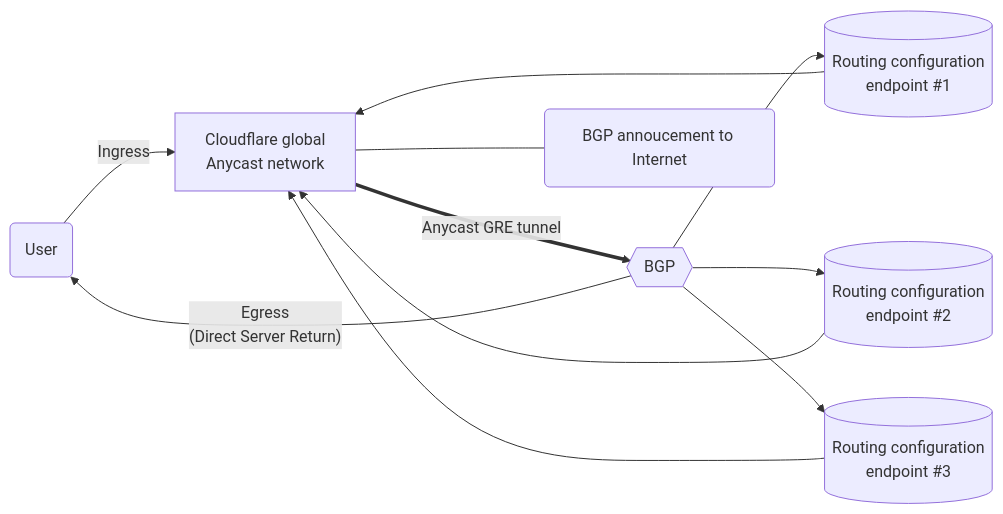
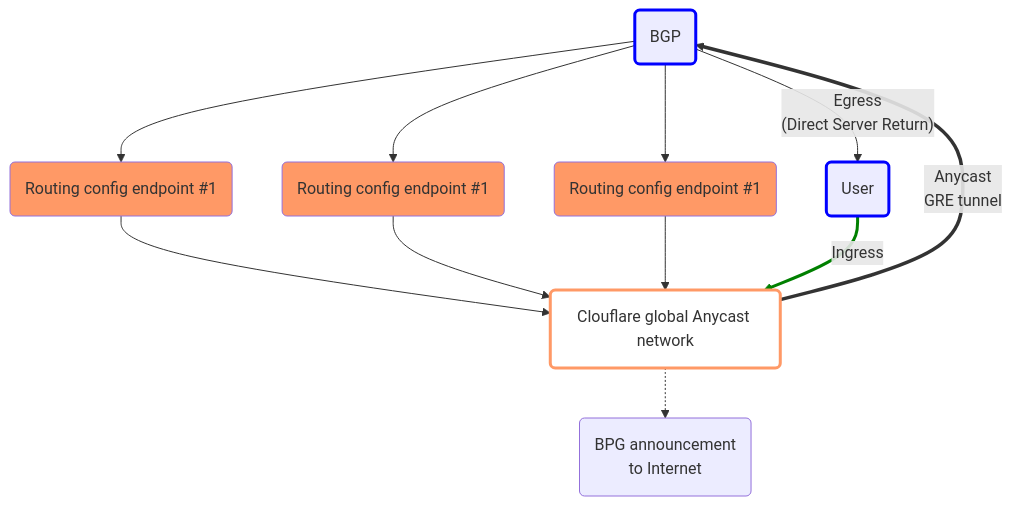
Before and after one commit to cloudflare/cloudflare-docs: the diagram in content/magic-transit/how-to/advertise-prefixes.md, drawn with Mermaid. The commit also changed other lines of this file, not shown here.

Commit message:
added BGP graph

````diff
--- a/content/magic-transit/how-to/advertise-prefixes.md
+++ b/content/magic-transit/how-to/advertise-prefixes.md
@@ -78,11 +78,16 @@
 ```mermaid
-flowchart LR
+flowchart TB
 accTitle: Border Gateway Control advertisements
 accDescr: Use BGP to control the status of your prefix.
-A(User)-- Ingress -->B[Cloudflare global <br> Anycast network] == Anycast GRE tunnel ==> C{{BGP}}
-B[Cloudflare global Anycast network]---D(BGP annoucement to Internet)
-C{{BGP}} --> E[(Routing configuration <br> endpoint #1)] --> B[Cloudflare global <br> Anycast network]
-C{{BGP}} --> F[(Routing configuration <br> endpoint #2)] --> B[Cloudflare global <br> Anycast network]
-C{{BGP}} --> G[(Routing configuration <br> endpoint #3)] --> B[Cloudflare global <br> Anycast network]
-C{{BGP}}-- "Egress  <br> (Direct Server Return)" -->A(User)
+c(BGP) --> d("Routing config endpoint #1") & e("Routing config endpoint #1") & f("Routing config endpoint #1") --> b(Clouflare global Anycast network)
+a(User)-- Ingress -->b(Clouflare global Anycast network) == Anycast <br> GRE tunnel ==> c(BGP)
+c(BGP)-- "Egress <br> (Direct Server Return)" -->a(User)
+b(Clouflare global Anycast network)-.->z(BPG announcement <br> to Internet)
+classDef orangefill fill:#f96
+classDef orangestroke fill:white,stroke:#f96,stroke-width:3px
+classDef blue stroke:blue,stroke-width:3px
+linkStyle 6 stroke:green,stroke-width:3px
+class d,e,f orangefill
+class a,c blue
+class b orangestroke
 ```
````
